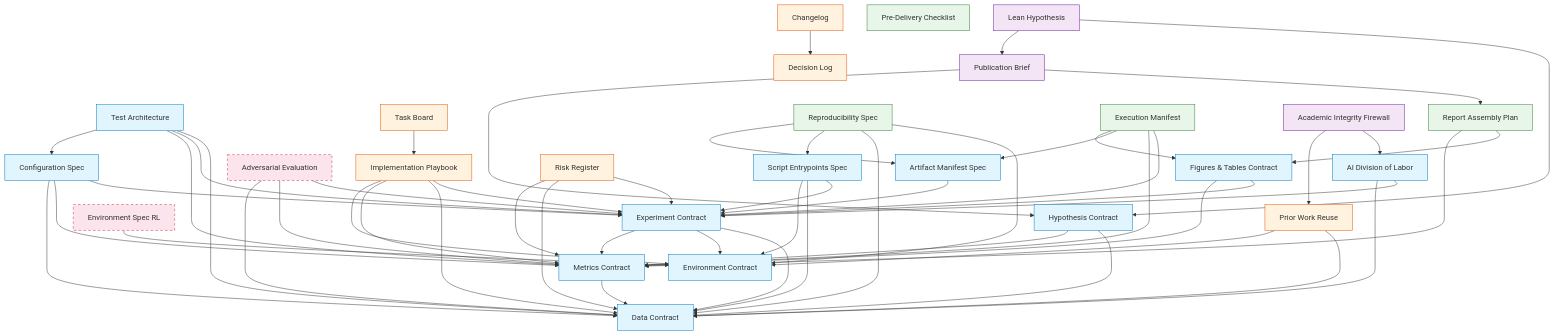
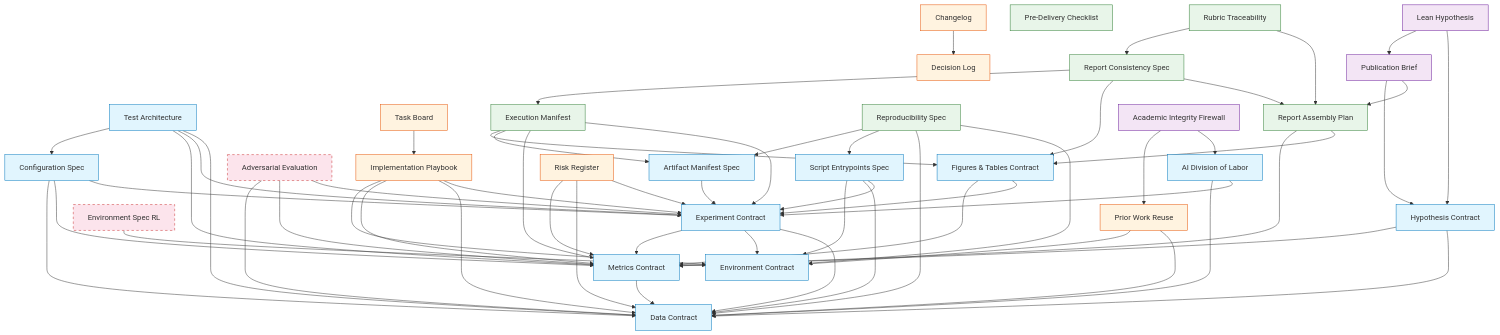
One commit to rexcoleman/-ml-governance-templates changed the diagram in TEMPLATE_INDEX.md. Above: the diagram before and after it, drawn with Mermaid. The commit also changed other lines of this file and 15 other files, not shown here.

````diff
--- a/TEMPLATE_INDEX.md
+++ b/TEMPLATE_INDEX.md
@@ -329,6 +341,13 @@
     MANIFEST --> ART
     MANIFEST --> FIG
 
+    %% Report quality (new v2.2)
+    RCS[Report Consistency Spec] --> RAP
+    RCS --> FIG
+    RCS --> MANIFEST
+    RUBRIC[Rubric Traceability] --> RAP
+    RUBRIC --> RCS
+
     %% Publishing
     PUB[Publication Brief] --> RAP
     PUB --> HYPO
@@ -347,6 +366,6 @@
     class ENV,DATA,METRICS,EXP,FIG,ART,SCRIPT,HYPO,AI,CONFIG,TEST core
     class ADV,ENVSPEC optional
     class PLAY,TASK,RISK,DLOG,CLOG,PRIOR mgmt
-    class RAP,REPRO,CHECK,MANIFEST report
+    class RAP,REPRO,CHECK,MANIFEST,RCS,RUBRIC report
     class PUB,FIREWALL,LEAN publish
 ```
````
